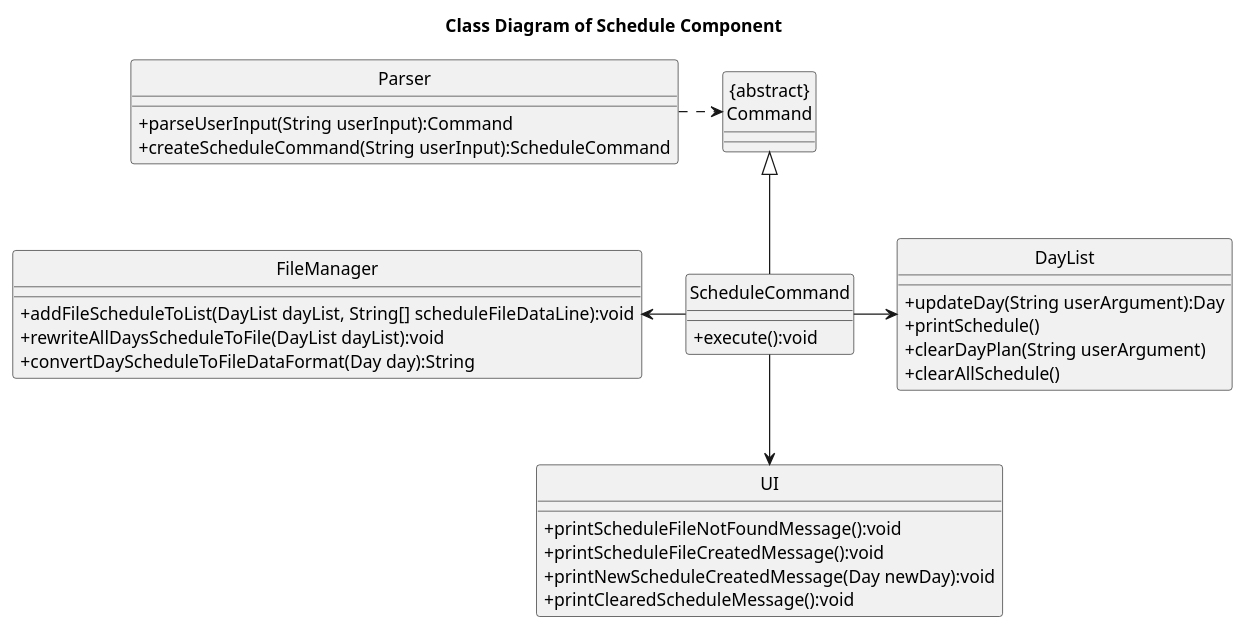
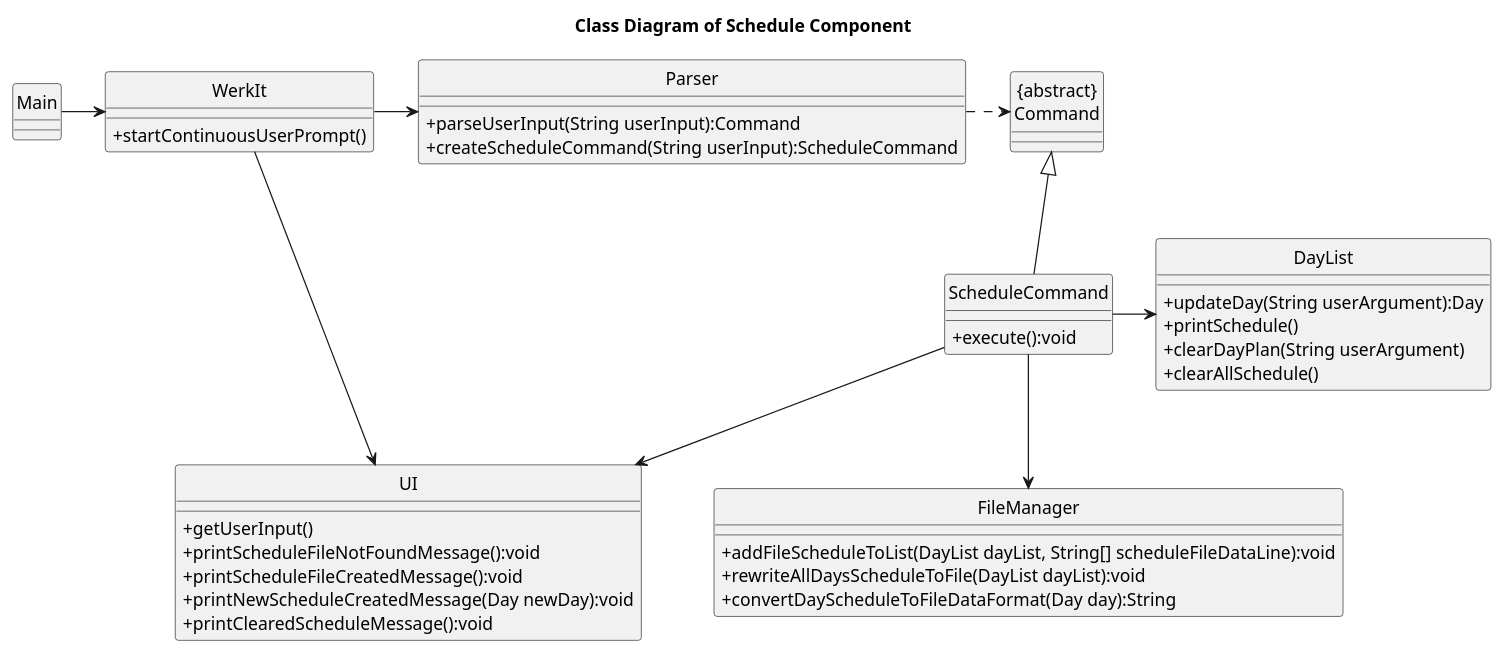
One commit to nus-cs2113-AY2122S2/tp changed the diagram in docs/uml/classDiagrams/ScheduleClass.puml. Above: the diagram before and after it, drawn with PlantUML. The commit also changed 2 other files, not shown here.

Commit message:
wrote explanation on the design of schedule fetaures

```diff
--- a/docs/uml/classDiagrams/ScheduleClass.puml
+++ b/docs/uml/classDiagrams/ScheduleClass.puml
@@ -1,49 +1,61 @@
 @startuml
 'https://plantuml.com/class-diagram'
 hide circle
 
 skinparam classAttributeIconSize 0
 title Class Diagram of Schedule Component
 
+Main -> WerkIt
+WerkIt -> Parser
+WerkIt -> UI
 Parser .r.> "{abstract}\nCommand"
 "{abstract}\nCommand" <|-- ScheduleCommand
-ScheduleCommand -l-> FileManager
 ScheduleCommand --> UI
+ScheduleCommand -d-> FileManager
 ScheduleCommand -r-> DayList
+
+class WerkIt {
++ startContinuousUserPrompt()
+}
+
+class Main {
+
+}
 
 class DayList {
 + updateDay(String userArgument):Day
 + printSchedule()
 + clearDayPlan(String userArgument)
 + clearAllSchedule()
 }
 
 class FileManager {
 + addFileScheduleToList(DayList dayList, String[] scheduleFileDataLine):void
 + rewriteAllDaysScheduleToFile(DayList dayList):void
 + convertDayScheduleToFileDataFormat(Day day):String
 }
 
 class "{abstract}\nCommand" {
 }
 
 class ScheduleCommand {
 + execute():void
 }
 
 
 
 class UI {
++ getUserInput()
 + printScheduleFileNotFoundMessage():void
 + printScheduleFileCreatedMessage():void
 + printNewScheduleCreatedMessage(Day newDay):void
 + printClearedScheduleMessage():void
 }
 
 class Parser {
 + parseUserInput(String userInput):Command
 + createScheduleCommand(String userInput):ScheduleCommand
 }
 
 
 @enduml
```
